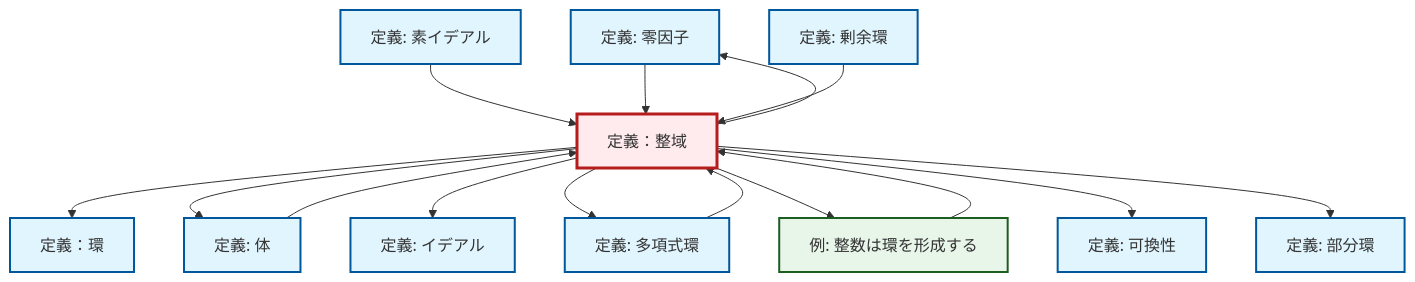
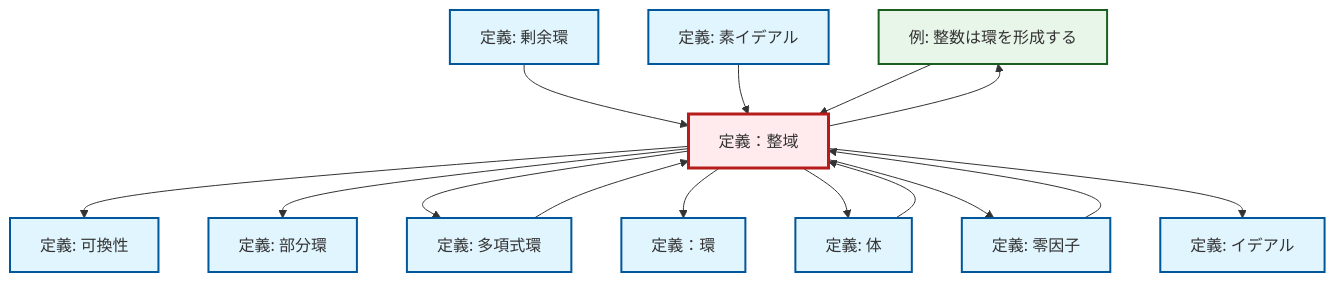
Before and after one commit to RK0429/ModernMath: the diagram in content/ja/algebra/def-integral-domain.qmd, drawn with Mermaid. The commit also changed other lines of this file and 1012 other files, not shown here.

````diff
--- a/content/ja/algebra/def-integral-domain.qmd
+++ b/content/ja/algebra/def-integral-domain.qmd
@@ -95,45 +95,45 @@
 ```{mermaid}
 %%| fig-cap: "Local dependency graph"
 graph TD
     classDef definition fill:#e1f5fe,stroke:#01579b,stroke-width:2px
     classDef theorem fill:#f3e5f5,stroke:#4a148c,stroke-width:2px
     classDef axiom fill:#fff3e0,stroke:#e65100,stroke-width:2px
     classDef example fill:#e8f5e9,stroke:#1b5e20,stroke-width:2px
     classDef current fill:#ffebee,stroke:#b71c1c,stroke-width:3px
-    def-zero-divisor["定義: 零因子"]:::definition
     ex-integers-ring["例: 整数は環を形成する"]:::example
-    def-prime-ideal["定義: 素イデアル"]:::definition
-    def-ideal["定義: イデアル"]:::definition
-    def-polynomial-ring["定義: 多項式環"]:::definition
-    def-commutativity["定義: 可換性"]:::definition
     def-field["定義: 体"]:::definition
-    def-quotient-ring["定義: 剰余環"]:::definition
-    def-integral-domain["定義：整域"]:::definition
     def-ring["定義：環"]:::definition
     def-subring["定義: 部分環"]:::definition
+    def-prime-ideal["定義: 素イデアル"]:::definition
+    def-quotient-ring["定義: 剰余環"]:::definition
+    def-commutativity["定義: 可換性"]:::definition
+    def-polynomial-ring["定義: 多項式環"]:::definition
+    def-integral-domain["定義：整域"]:::definition
+    def-ideal["定義: イデアル"]:::definition
+    def-zero-divisor["定義: 零因子"]:::definition
     def-field --> def-integral-domain
+    def-integral-domain --> ex-integers-ring
+    def-integral-domain --> def-commutativity
+    def-quotient-ring --> def-integral-domain
     def-prime-ideal --> def-integral-domain
+    def-integral-domain --> def-subring
+    def-integral-domain --> def-polynomial-ring
+    ex-integers-ring --> def-integral-domain
+    def-polynomial-ring --> def-integral-domain
     def-integral-domain --> def-ring
+    def-zero-divisor --> def-integral-domain
+    def-integral-domain --> def-field
     def-integral-domain --> def-zero-divisor
-    def-integral-domain --> def-field
-    def-polynomial-ring --> def-integral-domain
     def-integral-domain --> def-ideal
-    def-integral-domain --> def-polynomial-ring
-    def-integral-domain --> ex-integers-ring
-    def-zero-divisor --> def-integral-domain
-    ex-integers-ring --> def-integral-domain
-    def-quotient-ring --> def-integral-domain
-    def-integral-domain --> def-commutativity
-    def-integral-domain --> def-subring
     class def-integral-domain current
-    click def-zero-divisor "def-zero-divisor.html" "零因子の定義へ"
     click ex-integers-ring "ex-integers-ring.html" "整数は環を形成するの例へ"
-    click def-prime-ideal "def-prime-ideal.html" "素イデアルの定義へ"
-    click def-ideal "def-ideal.html" "イデアルの定義へ"
-    click def-polynomial-ring "def-polynomial-ring.html" "多項式環の定義へ"
-    click def-commutativity "def-commutativity.html" "可換性の定義へ"
     click def-field "def-field.html" "体の定義へ"
-    click def-quotient-ring "def-quotient-ring.html" "剰余環の定義へ"
     click def-ring "def-ring.html" "定義：環へ"
     click def-subring "def-subring.html" "部分環の定義へ"
+    click def-prime-ideal "def-prime-ideal.html" "素イデアルの定義へ"
+    click def-quotient-ring "def-quotient-ring.html" "剰余環の定義へ"
+    click def-commutativity "def-commutativity.html" "可換性の定義へ"
+    click def-polynomial-ring "def-polynomial-ring.html" "多項式環の定義へ"
+    click def-ideal "def-ideal.html" "イデアルの定義へ"
+    click def-zero-divisor "def-zero-divisor.html" "零因子の定義へ"
 ```
````
